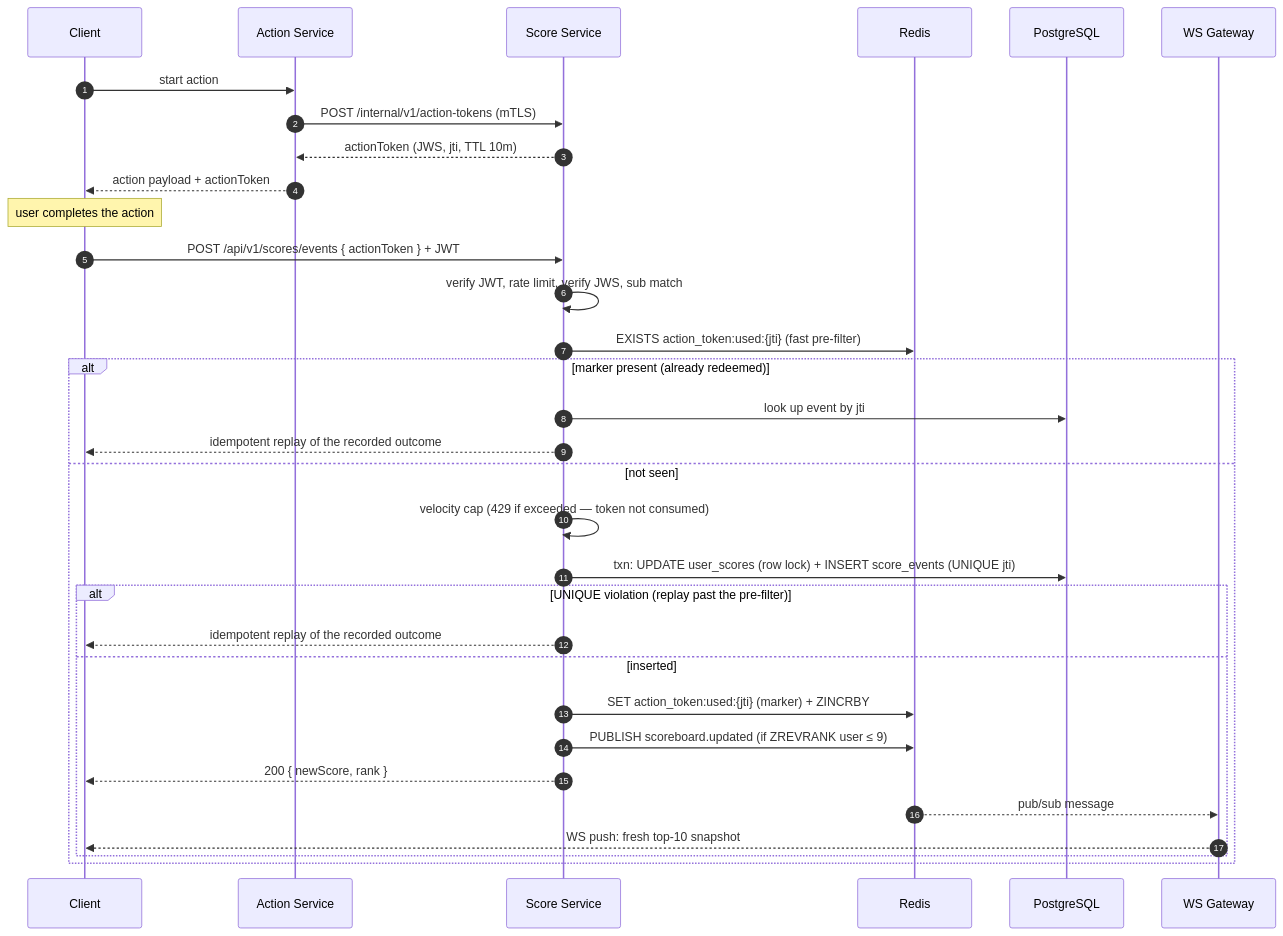
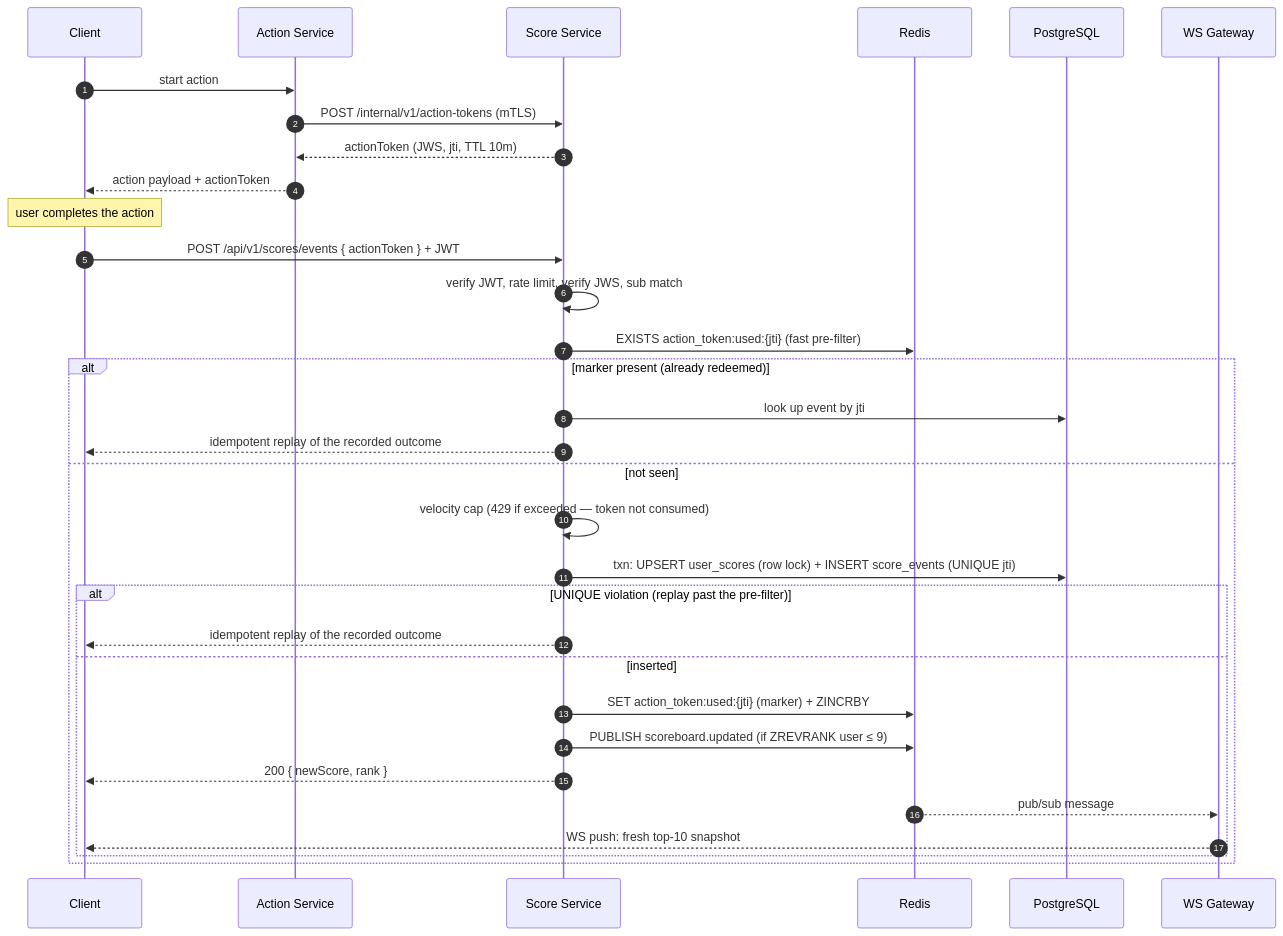
Before and after one commit to hatontuyen/99tech-code-challenge-be: the second of 2 diagrams in problem-6/README.md, drawn with Mermaid. The commit also changed other lines of this file, not shown here.

First line of the commit message:
docs(problem-6): reconciliation must not repair in-flight drift; upsert vs update split

````diff
--- a/problem-6/README.md
+++ b/problem-6/README.md
@@ -204,35 +204,35 @@
 ```mermaid
 sequenceDiagram
     autonumber
     participant U as Client
     participant G as Action Service
     participant S as Score Service
     participant R as Redis
     participant P as PostgreSQL
     participant W as WS Gateway
 
     U->>G: start action
     G->>S: POST /internal/v1/action-tokens (mTLS)
     S-->>G: actionToken (JWS, jti, TTL 10m)
     G-->>U: action payload + actionToken
     Note over U: user completes the action
     U->>S: POST /api/v1/scores/events { actionToken } + JWT
     S->>S: verify JWT, rate limit, verify JWS, sub match
     S->>R: EXISTS action_token:used:{jti} (fast pre-filter)
     alt marker present (already redeemed)
         S->>P: look up event by jti
         S-->>U: idempotent replay of the recorded outcome
     else not seen
         S->>S: velocity cap (429 if exceeded — token not consumed)
-        S->>P: txn: UPDATE user_scores (row lock) + INSERT score_events (UNIQUE jti)
+        S->>P: txn: UPSERT user_scores (row lock) + INSERT score_events (UNIQUE jti)
         alt UNIQUE violation (replay past the pre-filter)
             S-->>U: idempotent replay of the recorded outcome
         else inserted
             S->>R: SET action_token:used:{jti} (marker) + ZINCRBY
             S->>R: PUBLISH scoreboard.updated (if ZREVRANK user ≤ 9)
             S-->>U: 200 { newScore, rank }
             R-->>W: pub/sub message
             W-->>U: WS push: fresh top-10 snapshot
         end
     end
 ```
````
